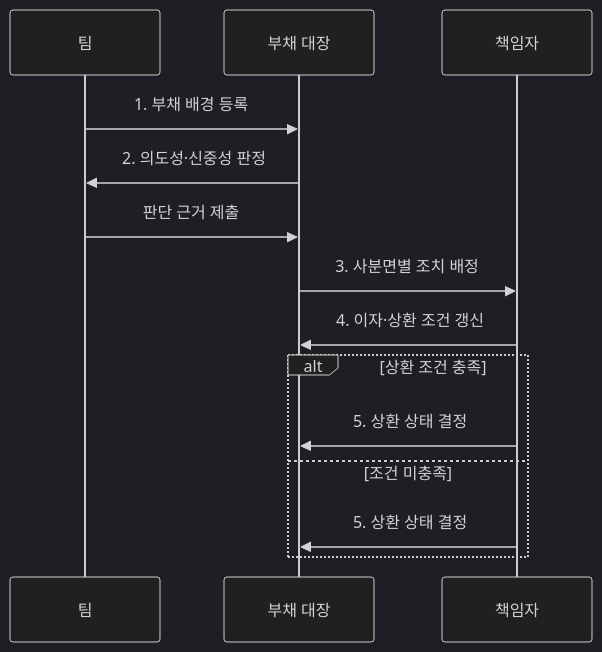
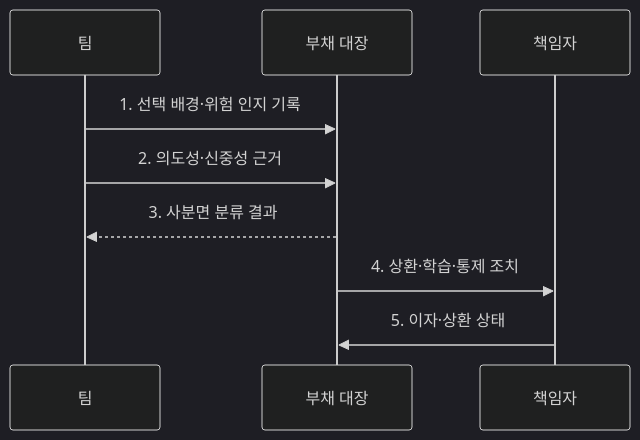
One commit to agnusdei1207/knowledge-base changed the second of 2 diagrams in src/content/docs/notes/03-software/066_technical_debt_quadrant.md. Above: the diagram before and after it, drawn with Mermaid (dark theme). The commit also changed other lines of this file and 20 other files, not shown here.

````diff
--- a/src/content/docs/notes/03-software/066_technical_debt_quadrant.md
+++ b/src/content/docs/notes/03-software/066_technical_debt_quadrant.md
@@ -75,16 +80,11 @@
 ```mermaid
 sequenceDiagram
     participant T as 팀
     participant R as 부채 대장
     participant O as 책임자
-    T->>R: 1. 부채 배경 등록
-    R->>T: 2. 의도성·신중성 판정
-    T->>R: 판단 근거 제출
-    R->>O: 3. 사분면별 조치 배정
-    O->>R: 4. 이자·상환 조건 갱신
-    alt 상환 조건 충족
-        O->>R: 5. 상환 상태 결정
-    else 조건 미충족
-        O->>R: 5. 상환 상태 결정
-    end
+    T->>R: 1. 선택 배경·위험 인지 기록
+    T->>R: 2. 의도성·신중성 근거
+    R-->>T: 3. 사분면 분류 결과
+    R->>O: 4. 상환·학습·통제 조치
+    O->>R: 5. 이자·상환 상태
 ```
````
